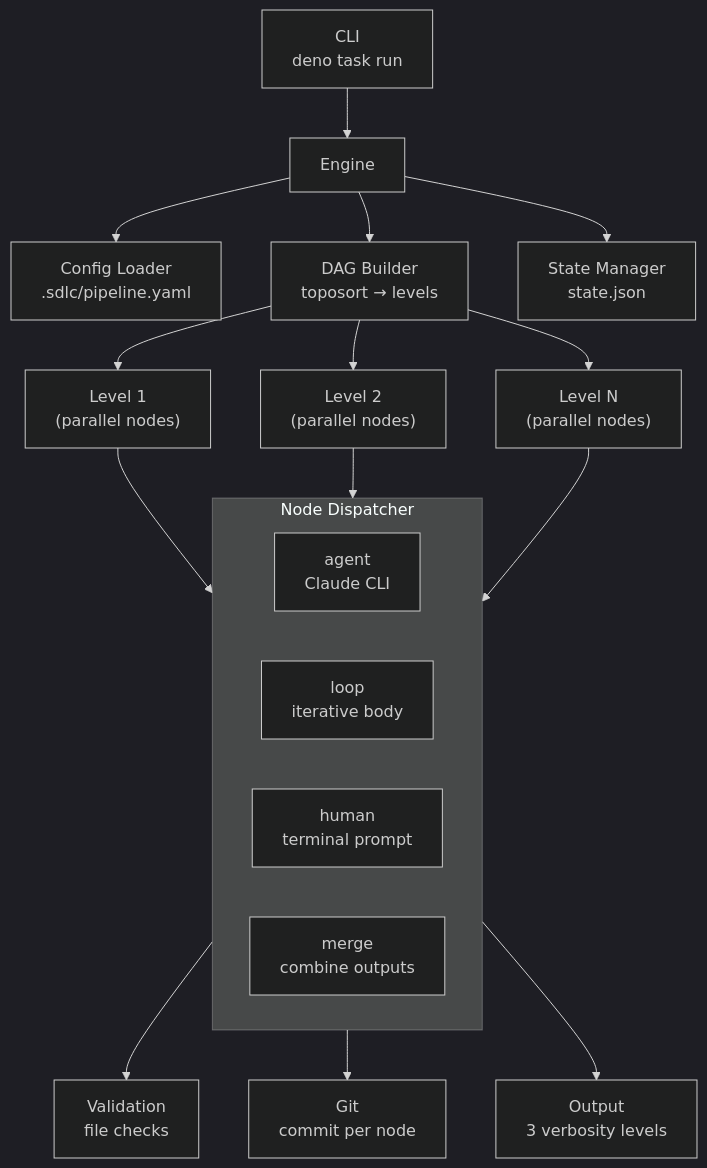
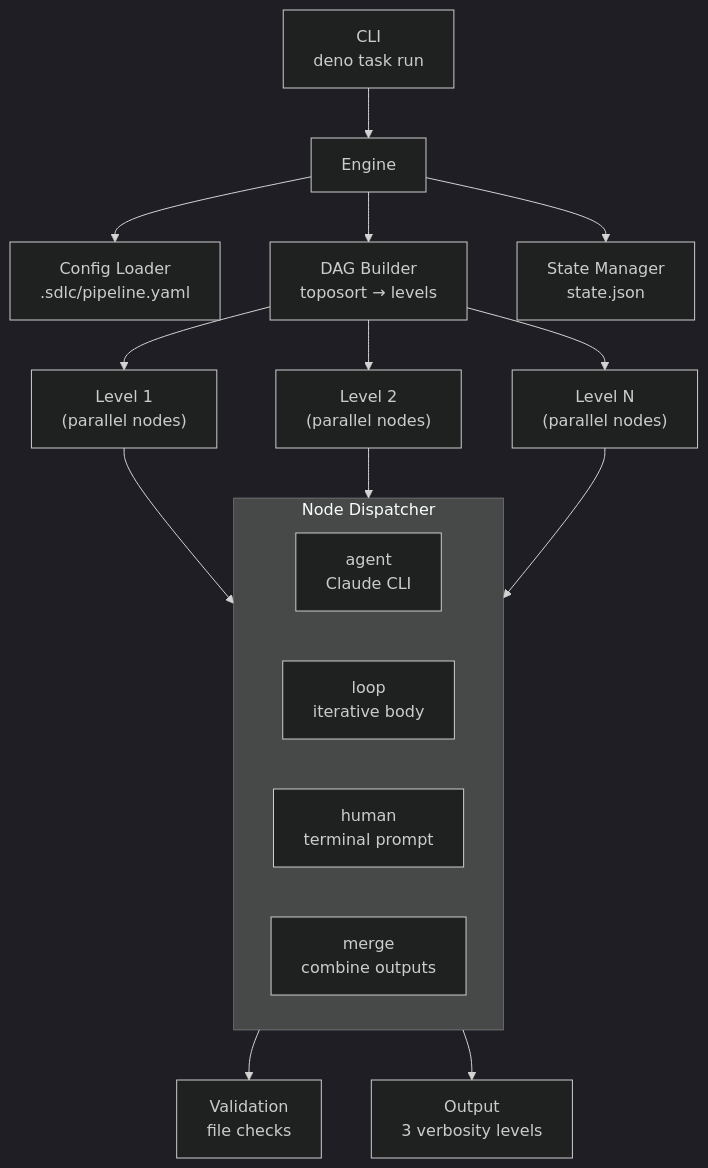
One commit to korchasa/auto-flow changed the second of 3 diagrams in documents/design.md. Above: the diagram before and after it, drawn with Mermaid (dark theme). The commit also changed other lines of this file and 12 other files, not shown here.

First line of the commit message:
sdlc: per-node model configuration (issue #21) (#34)

````diff
--- a/documents/design.md
+++ b/documents/design.md
@@ -36,26 +36,25 @@
 ```mermaid
 graph TD
     CLI["CLI<br/>deno task run"] --> Engine
     Engine --> Config["Config Loader<br/>.sdlc/pipeline.yaml"]
     Engine --> DAG["DAG Builder<br/>toposort → levels"]
     Engine --> State["State Manager<br/>state.json"]
 
     DAG --> L1["Level 1<br/>(parallel nodes)"]
     DAG --> L2["Level 2<br/>(parallel nodes)"]
     DAG --> LN["Level N<br/>(parallel nodes)"]
 
     L1 --> Dispatch
     L2 --> Dispatch
     LN --> Dispatch
 
     subgraph Dispatch["Node Dispatcher"]
         Agent["agent<br/>Claude CLI"]
         Loop["loop<br/>iterative body"]
         Human["human<br/>terminal prompt"]
         Merge["merge<br/>combine outputs"]
     end
 
     Dispatch --> Validate["Validation<br/>file checks"]
-    Dispatch --> Git["Git<br/>commit per node"]
     Dispatch --> Output["Output<br/>3 verbosity levels"]
 ```
````
